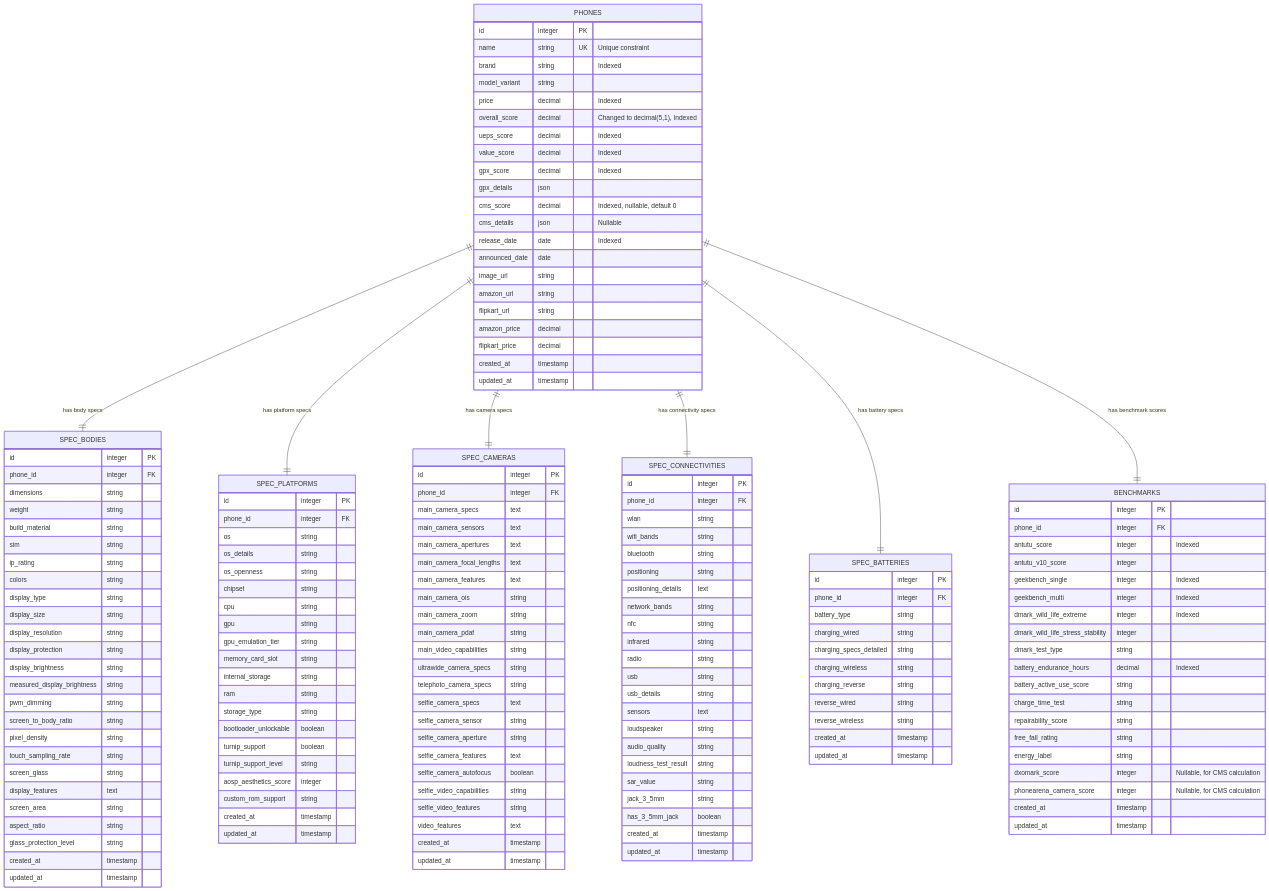
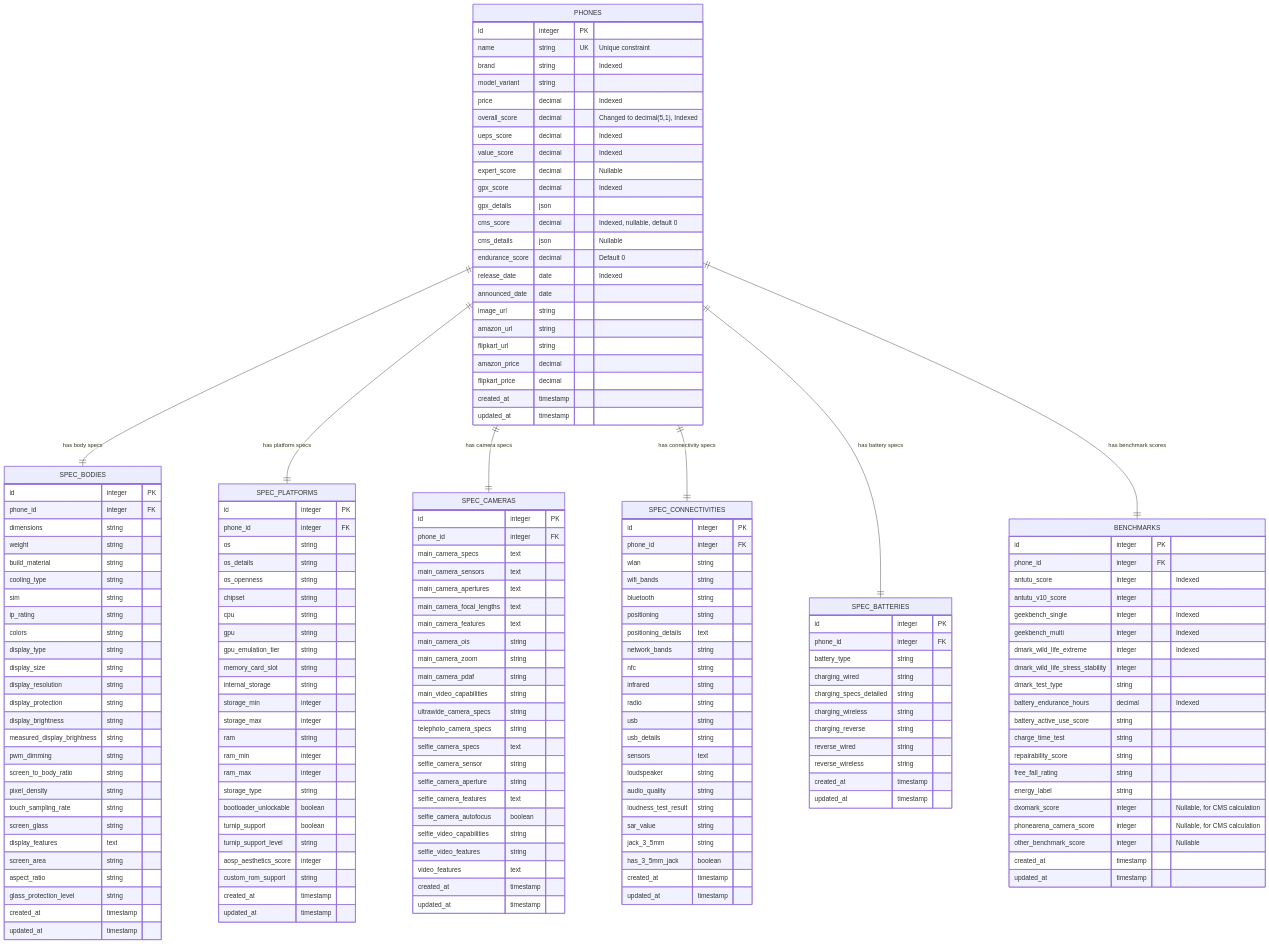
One commit to abhay-byte/phone_finder_hub changed the first of 3 diagrams in docs/er_diagram.md. Above: the diagram before and after it, drawn with Mermaid. The commit also changed other lines of this file and 10 other files, not shown here.

```diff
--- a/docs/er_diagram.md
+++ b/docs/er_diagram.md
@@ -15,10 +15,12 @@
         overall_score decimal "Changed to decimal(5,1), Indexed"
         ueps_score decimal "Indexed"
         value_score decimal "Indexed"
+        expert_score decimal "Nullable"
         gpx_score decimal "Indexed"
         gpx_details json
         cms_score decimal "Indexed, nullable, default 0"
         cms_details json "Nullable"
+        endurance_score decimal "Default 0"
         release_date date "Indexed"
         announced_date date
         image_url string
@@ -36,6 +38,7 @@
         dimensions string
         weight string
         build_material string
+        cooling_type string
         sim string
         ip_rating string
         colors string
@@ -70,7 +73,11 @@
         gpu_emulation_tier string
         memory_card_slot string
         internal_storage string
+        storage_min integer
+        storage_max integer
         ram string
+        ram_min integer
+        ram_max integer
         storage_type string
         bootloader_unlockable boolean
         turnip_support boolean
@@ -164,6 +171,7 @@
         energy_label string
         dxomark_score integer "Nullable, for CMS calculation"
         phonearena_camera_score integer "Nullable, for CMS calculation"
+        other_benchmark_score integer "Nullable"
         created_at timestamp
         updated_at timestamp
     }
```
